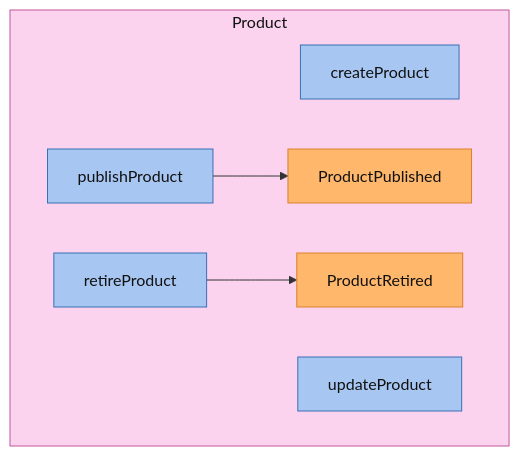
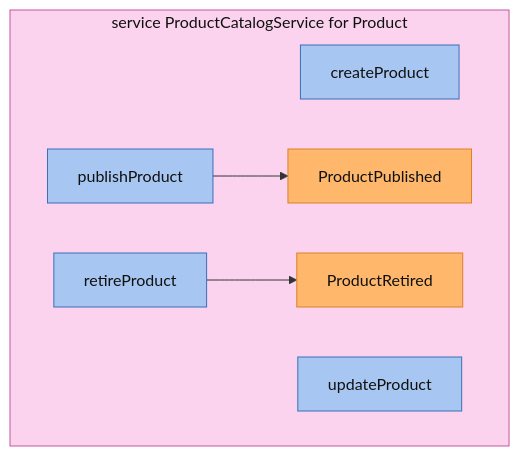
One commit to ZenWave360/dsl-kotlin changed the second of 5 diagrams in dsl-docs/src/commonTest/resources/snapshots/arcadia-modulith/modules/catalog-products.md. Above: the diagram before and after it, drawn with Mermaid. The commit also changed other lines of this file and 14 other files, not shown here.

Commit message:
feat(views,docs): service box label as in the ZDL, @json field types, one domain events diagram per ZDL

````diff
--- a/dsl-docs/src/commonTest/resources/snapshots/arcadia-modulith/modules/catalog-products.md
+++ b/dsl-docs/src/commonTest/resources/snapshots/arcadia-modulith/modules/catalog-products.md
@@ -70,23 +69,23 @@
 ```mermaid
 flowchart LR
   classDef command fill:#a7c7f2,stroke:#3b6fb6,color:#111
   classDef event fill:#ffb76b,stroke:#d9822b,color:#111
-  subgraph agg_Product["Product"]
+  subgraph agg_ProductCatalogService["service ProductCatalogService for Product"]
     direction LR
     cmd_createProduct["createProduct"]
     cmd_updateProduct["updateProduct"]
     cmd_publishProduct["publishProduct"]
     cmd_retireProduct["retireProduct"]
     evt_ProductPublished["ProductPublished"]
     evt_ProductRetired["ProductRetired"]
   end
-  style agg_Product fill:#fbd3ee,stroke:#c2569b,color:#111
+  style agg_ProductCatalogService fill:#fbd3ee,stroke:#c2569b,color:#111
   class cmd_createProduct command
   class cmd_updateProduct command
   class cmd_publishProduct command
   class cmd_retireProduct command
   class evt_ProductPublished event
   class evt_ProductRetired event
   cmd_publishProduct --> evt_ProductPublished
   cmd_retireProduct --> evt_ProductRetired
 ```
````
